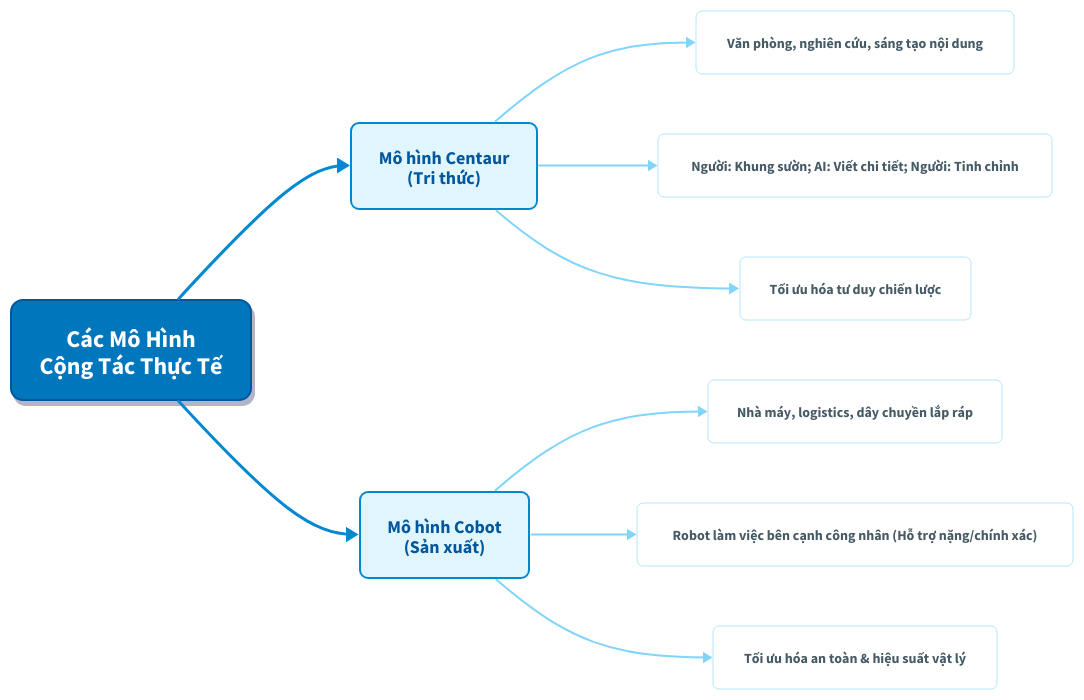
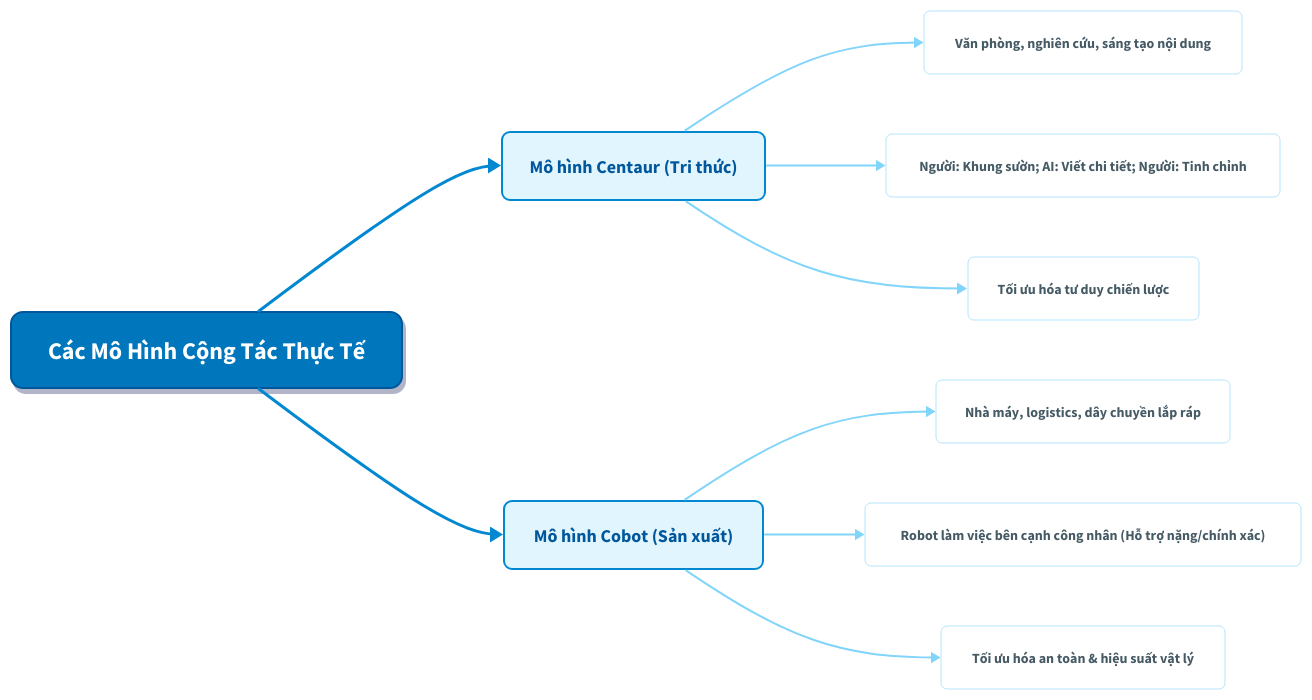
The diagram in content/diagrams/cacmohinhcongtac.d2 (sam-uit/typst-report-template), drawn with D2 before and after one commit.

```diff
--- a/content/diagrams/cacmohinhcongtac.d2
+++ b/content/diagrams/cacmohinhcongtac.d2
@@ -1,78 +1,78 @@
 direction: right
 
 # ------------------------------
 # STYLING CLASSES (Humanist & Clean Blue/White)
 # ------------------------------
 classes: {
   root_node: {
     style: {
       fill: "#0277bd"
       stroke: "#01579b"
       font-color: "#ffffff"
       stroke-width: 2
       border-radius: 12
       shadow: true
       font-size: 24
     }
   }
 
   category_node: {
     style: {
       fill: "#e1f5fe"
       stroke: "#0288d1"
       font-color: "#01579b"
       stroke-width: 2
       border-radius: 8
       font-size: 18
     }
   }
 
   leaf_node: {
     style: {
       fill: "#ffffff"
       stroke: "#b3e5fc"
       font-color: "#455a64"
       stroke-width: 1
       border-radius: 6
       font-size: 14
       stroke-dash: 0
     }
   }
 }
 
 # ------------------------------
 # NODES & CONTENT
 # ------------------------------
 
 # Root
-Root: Các Mô Hình\nCộng Tác Thực Tế {class: root_node}
+Root: Các Mô Hình Cộng Tác Thực Tế {class: root_node}
 
 # Branch 1: Centaur
-Centaur: Mô hình Centaur\n(Tri thức) {class: category_node}
+Centaur: Mô hình Centaur (Tri thức) {class: category_node}
 
 C_Env: "Văn phòng, nghiên cứu, sáng tạo nội dung" {class: leaf_node}
 C_Collab: "Người: Khung sườn; AI: Viết chi tiết; Người: Tinh chỉnh" {class: leaf_node}
 C_Value: "Tối ưu hóa tư duy chiến lược" {class: leaf_node}
 
 # Branch 2: Cobot
-Cobot: Mô hình Cobot\n(Sản xuất) {class: category_node}
+Cobot: Mô hình Cobot (Sản xuất) {class: category_node}
 
 Co_Env: "Nhà máy, logistics, dây chuyền lắp ráp" {class: leaf_node}
 Co_Collab: "Robot làm việc bên cạnh công nhân (Hỗ trợ nặng/chính xác)" {class: leaf_node}
 Co_Value: "Tối ưu hóa an toàn & hiệu suất vật lý" {class: leaf_node}
 
 # ------------------------------
 # CONNECTIONS (Curved for Mindmap feel)
 # ------------------------------
 Root -> Centaur: {style: {stroke: "#0288d1"; stroke-width: 3}}
 Root -> Cobot: {style: {stroke: "#0288d1"; stroke-width: 3}}
 
 # Connections for Centaur
 Centaur -> C_Env: {style: {stroke: "#81d4fa"; stroke-width: 2}}
 Centaur -> C_Collab: {style: {stroke: "#81d4fa"; stroke-width: 2}}
 Centaur -> C_Value: {style: {stroke: "#81d4fa"; stroke-width: 2}}
 
 # Connections for Cobot
 Cobot -> Co_Env: {style: {stroke: "#81d4fa"; stroke-width: 2}}
 Cobot -> Co_Collab: {style: {stroke: "#81d4fa"; stroke-width: 2}}
 Cobot -> Co_Value: {style: {stroke: "#81d4fa"; stroke-width: 2}}
```
